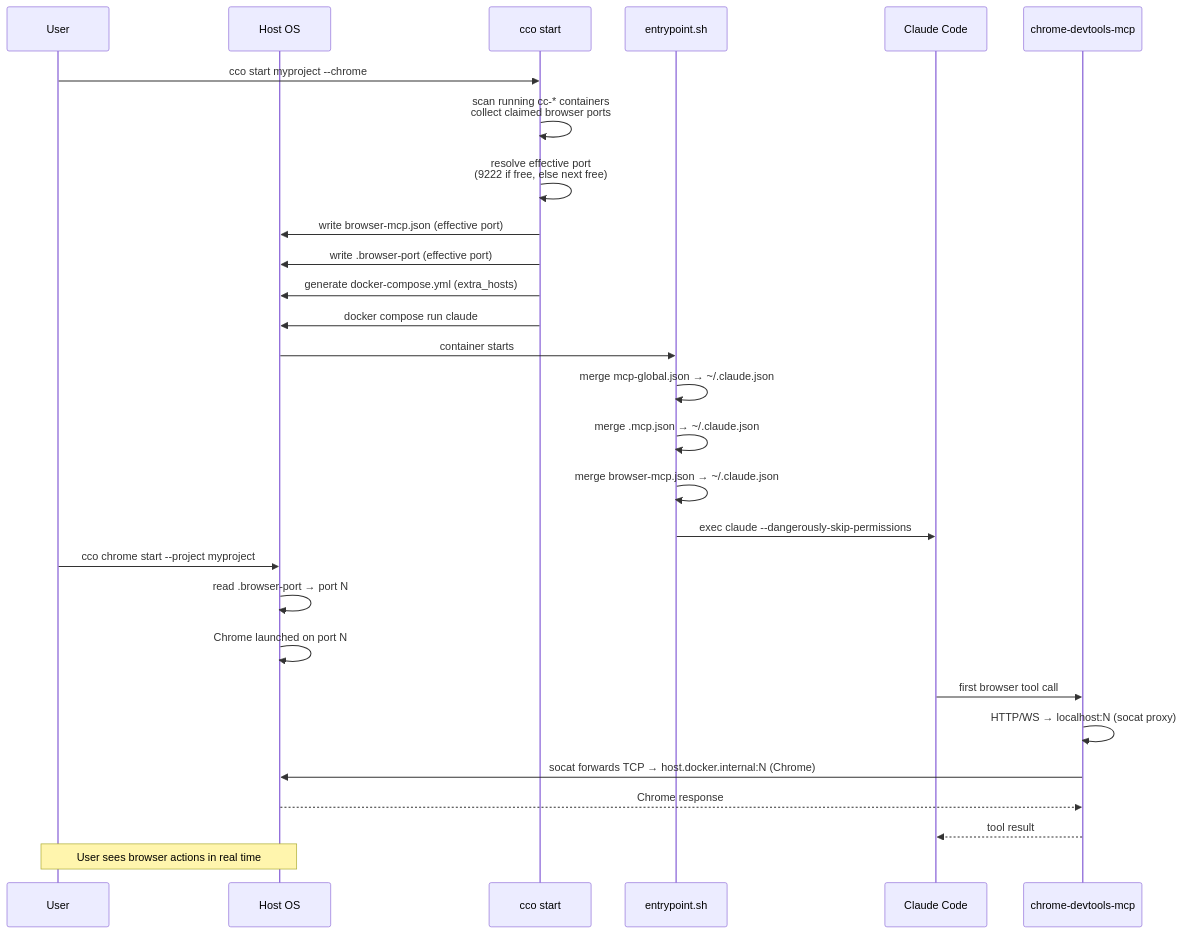
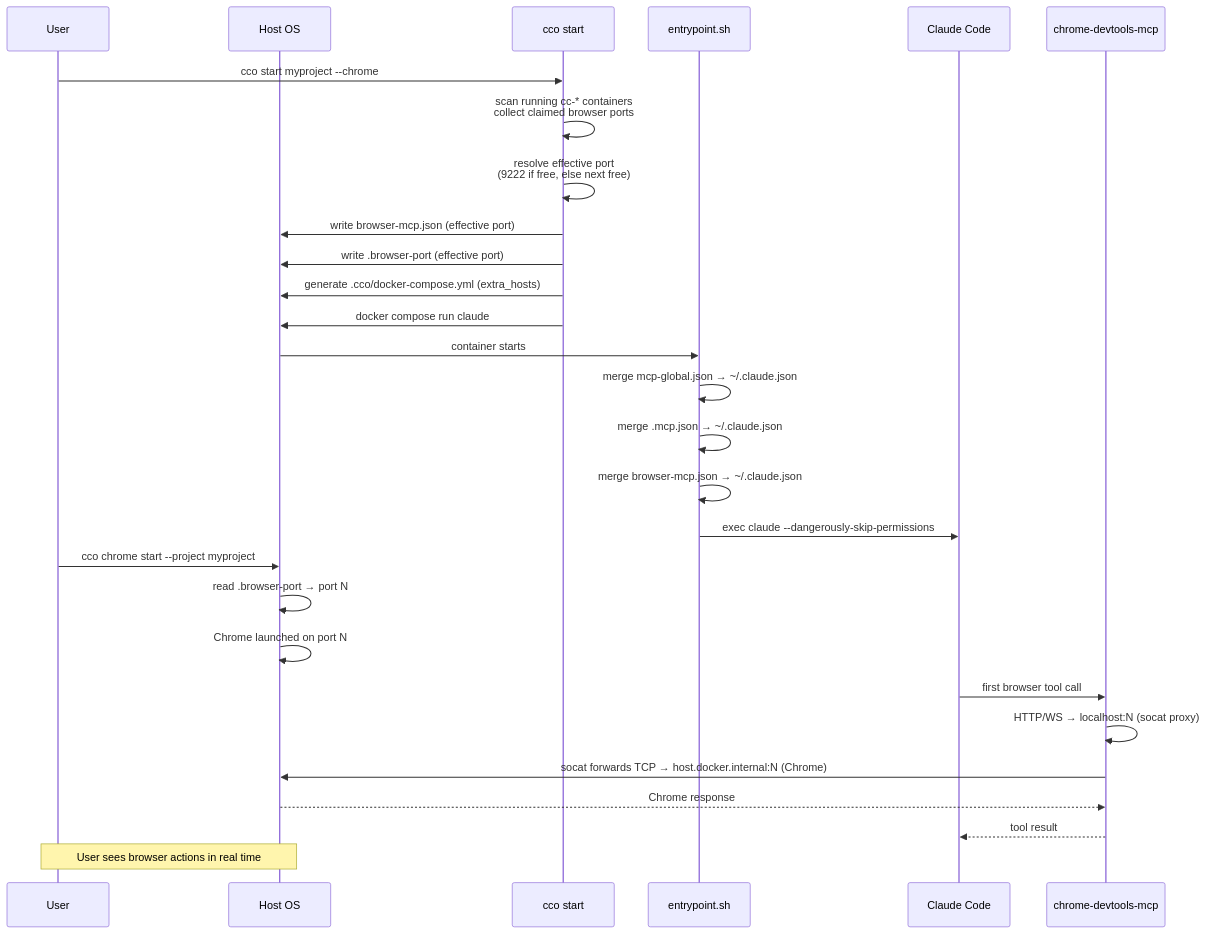
The first of 2 diagrams in docs/maintainer/integration/browser-mcp/design.md (alergyonthestage/claude-orchestrator), drawn with Mermaid before and after one commit. The commit also changed other lines of this file and 20 other files, not shown here.

````diff
--- a/docs/maintainer/integration/browser-mcp/design.md
+++ b/docs/maintainer/integration/browser-mcp/design.md
@@ -221,34 +221,34 @@
 ```mermaid
 sequenceDiagram
     participant User
     participant Host as Host OS
     participant cco as cco start
     participant EP as entrypoint.sh
     participant Claude as Claude Code
     participant MCP as chrome-devtools-mcp
 
     User->>cco: cco start myproject --chrome
     cco->>cco: scan running cc-* containers<br/>collect claimed browser ports
     cco->>cco: resolve effective port<br/>(9222 if free, else next free)
     cco->>Host: write browser-mcp.json (effective port)
     cco->>Host: write .browser-port (effective port)
-    cco->>Host: generate docker-compose.yml (extra_hosts)
+    cco->>Host: generate .cco/docker-compose.yml (extra_hosts)
     cco->>Host: docker compose run claude
 
     Host->>EP: container starts
     EP->>EP: merge mcp-global.json → ~/.claude.json
     EP->>EP: merge .mcp.json → ~/.claude.json
     EP->>EP: merge browser-mcp.json → ~/.claude.json
     EP->>Claude: exec claude --dangerously-skip-permissions
 
     User->>Host: cco chrome start --project myproject
     Host->>Host: read .browser-port → port N
     Host->>Host: Chrome launched on port N
 
     Claude->>MCP: first browser tool call
     MCP->>MCP: HTTP/WS → localhost:N (socat proxy)
     MCP->>Host: socat forwards TCP → host.docker.internal:N (Chrome)
     Host-->>MCP: Chrome response
     MCP-->>Claude: tool result
     Note over User,Host: User sees browser actions in real time
 ```
````
